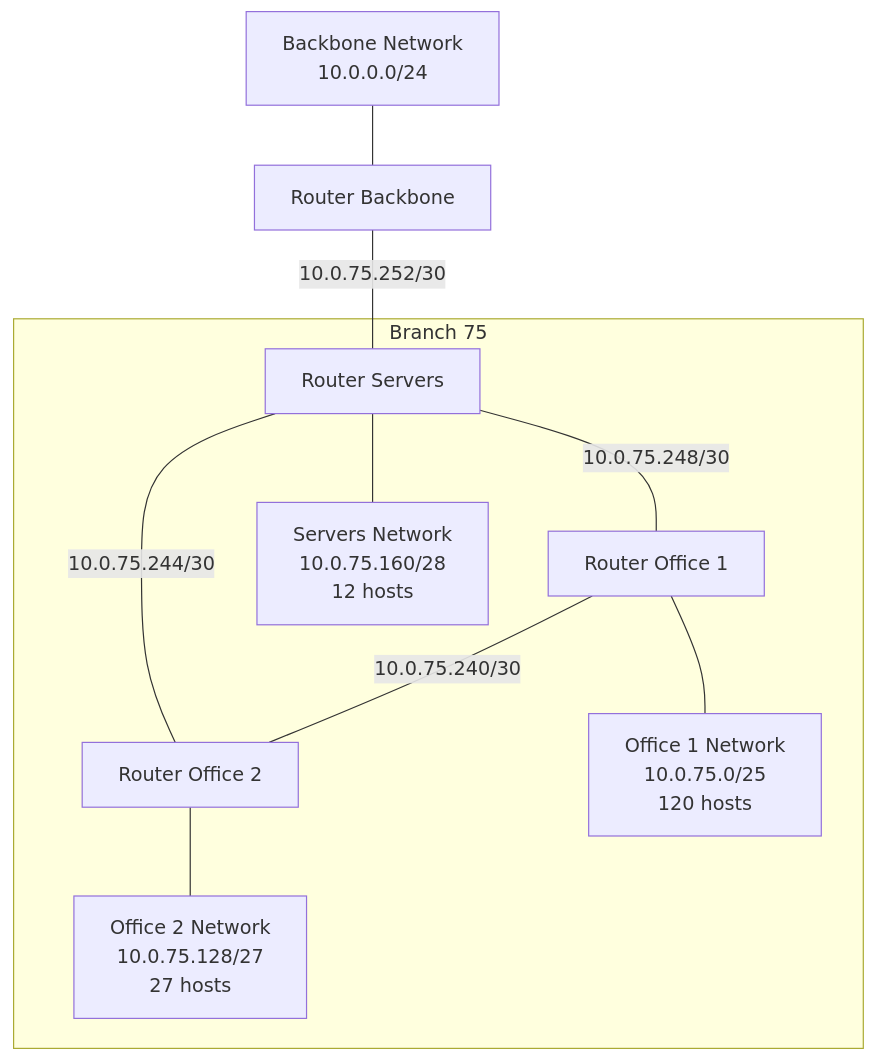
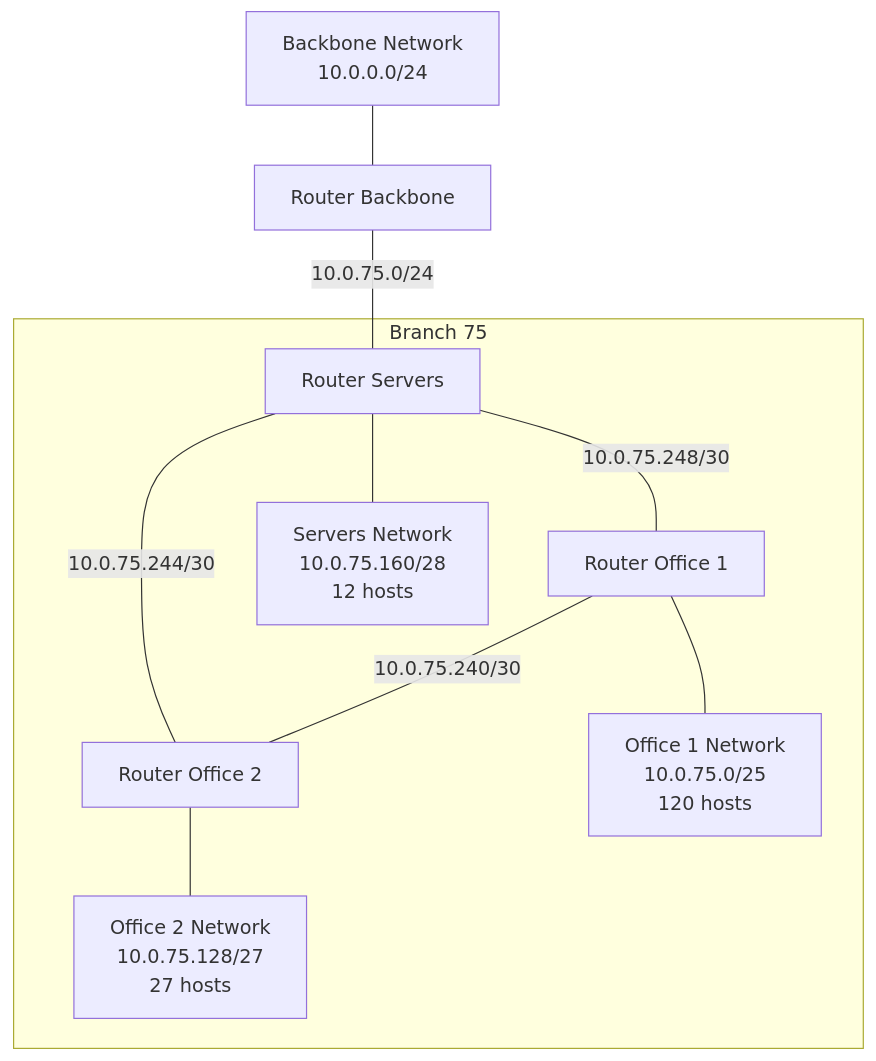
One commit to Albrtito/ObsidianNotes changed the diagram in 02-Atomic/1730713851 - Practica - Addressing Exercise - Topology Design.md. Above: the diagram before and after it, drawn with Mermaid. The commit also changed 4 other files, not shown here.

````diff
--- a/02-Atomic/1730713851 - Practica - Addressing Exercise - Topology Design.md
+++ b/02-Atomic/1730713851 - Practica - Addressing Exercise - Topology Design.md
@@ -12,15 +12,15 @@
 ```mermaid
 graph TD
     BB[Backbone Network<br/>10.0.0.0/24] --- R_BB[Router Backbone]
-    R_BB --- |10.0.75.252/30| R_S[Router Servers]
+    R_BB --- |10.0.75.0/24| R_S[Router Servers]
     
     subgraph Branch 75
         R_S --- |10.0.75.248/30| R_O1[Router Office 1]
         R_S --- |10.0.75.244/30| R_O2[Router Office 2]
         R_O1 --- |10.0.75.240/30| R_O2
         
         R_O1 --- O1[Office 1 Network<br/>10.0.75.0/25<br/>120 hosts]
         R_O2 --- O2[Office 2 Network<br/>10.0.75.128/27<br/>27 hosts]
         R_S --- SRV[Servers Network<br/>10.0.75.160/28<br/>12 hosts]
     end
 ```
````
